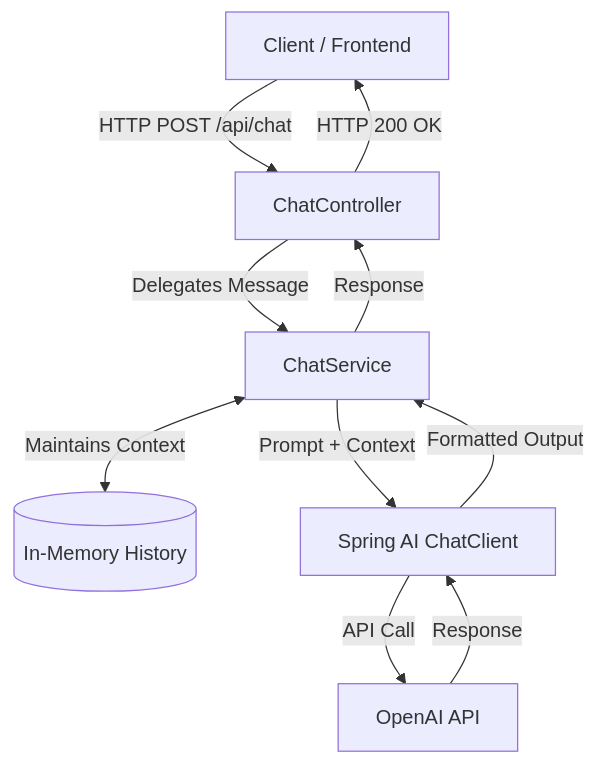
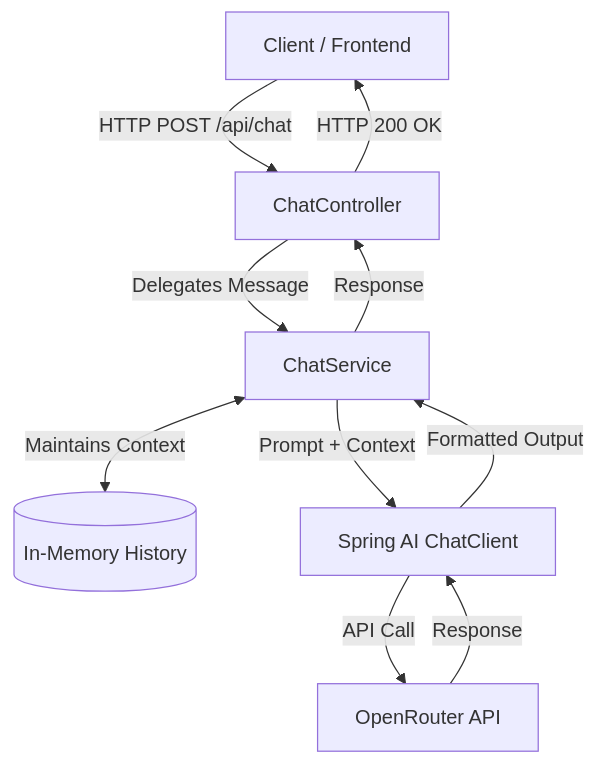
One commit to madebymaxx/snippit-ai-chatbot-backend changed the diagram in README.md. Above: the diagram before and after it, drawn with Mermaid. The commit also changed other lines of this file and 5 other files, not shown here.

````diff
--- a/README.md
+++ b/README.md
@@ -45,12 +50,12 @@
 ```mermaid
 graph TD
     Client[Client / Frontend] -->|HTTP POST /api/chat| Controller[ChatController]
     Controller -->|Delegates Message| Service[ChatService]
     Service <-->|Maintains Context| History[(In-Memory History)]
     Service -->|Prompt + Context| SpringAI[Spring AI ChatClient]
-    SpringAI -->|API Call| OpenAI[OpenAI API]
-    OpenAI -->|Response| SpringAI
+    SpringAI -->|API Call| OpenRouter[OpenRouter API]
+    OpenRouter -->|Response| SpringAI
     SpringAI -->|Formatted Output| Service
     Service -->|Response| Controller
     Controller -->|HTTP 200 OK| Client
 ```
````
